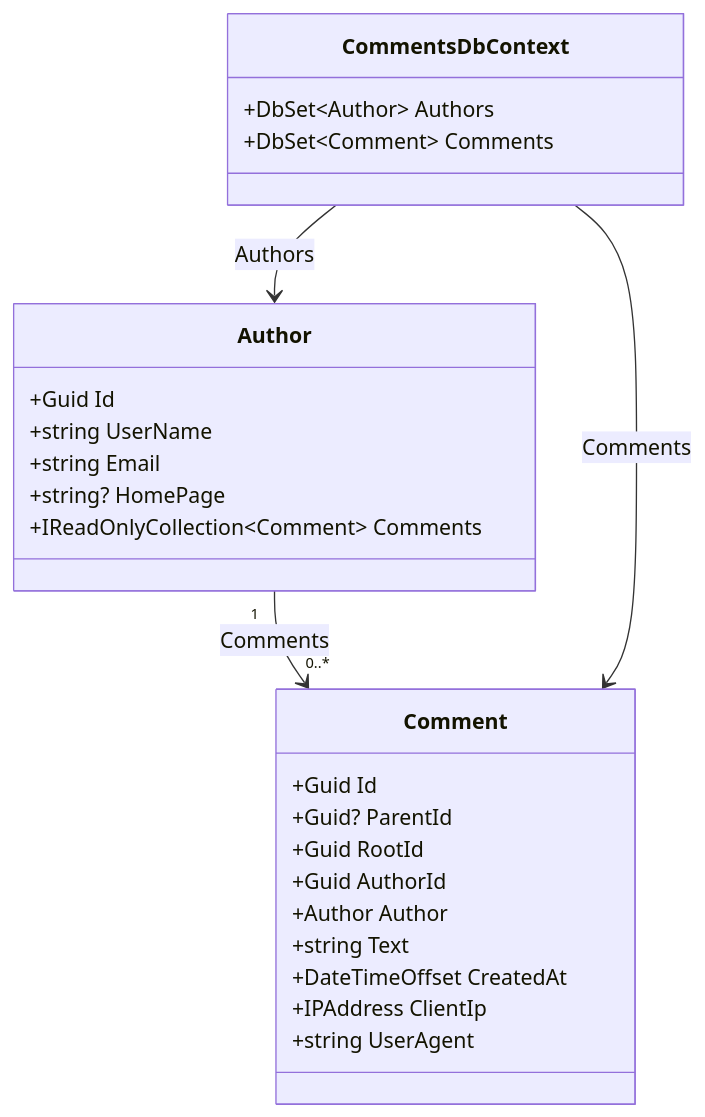
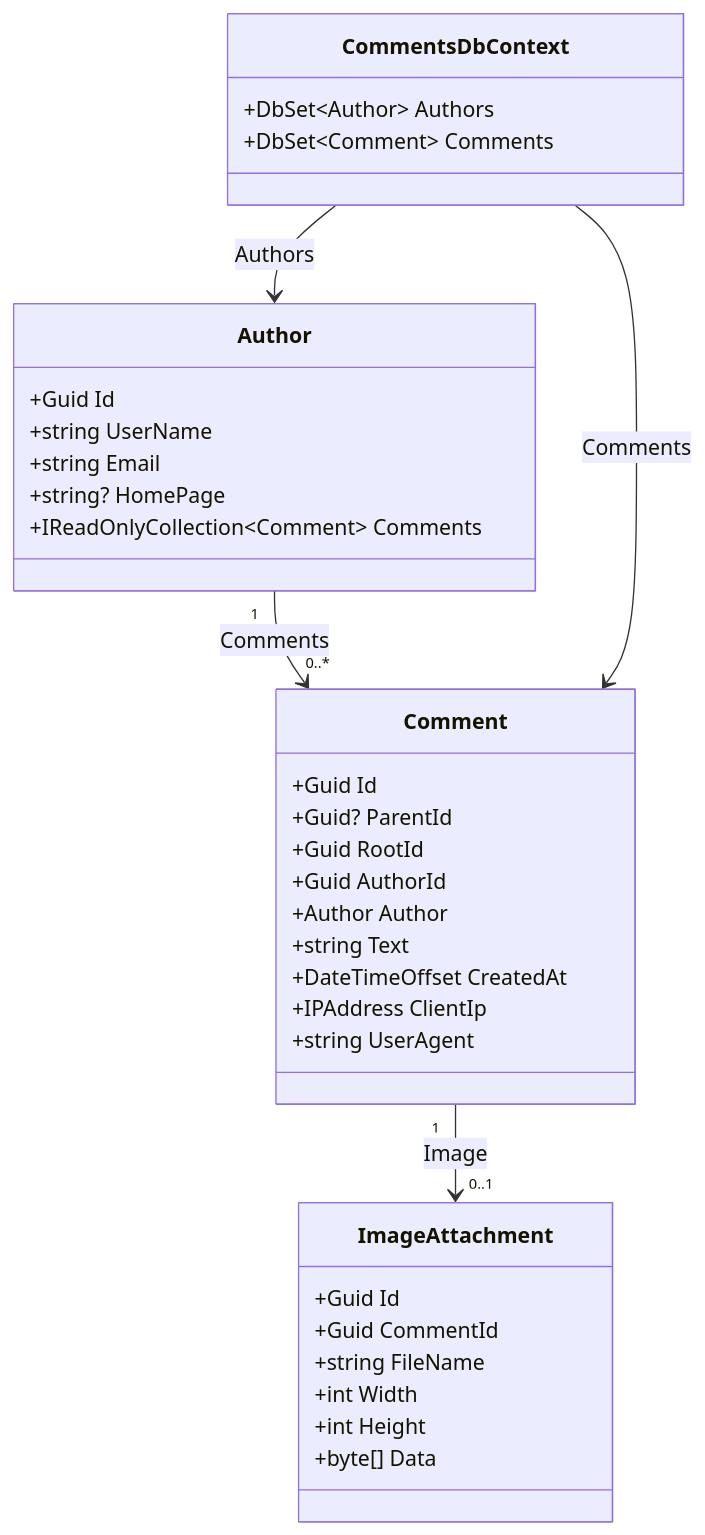
One commit to avysotsky/CommentsService changed the second of 2 diagrams in docs/database/SCHEMA.md. Above: the diagram before and after it, drawn with Mermaid. The commit also changed other lines of this file and 63 other files, not shown here.

````diff
--- a/docs/database/SCHEMA.md
+++ b/docs/database/SCHEMA.md
@@ -135,28 +150,37 @@
 ```mermaid
 classDiagram
     Author "1" --> "0..*" Comment : Comments
+    Comment "1" --> "0..1" ImageAttachment : Image
     CommentsDbContext --> Author : Authors
     CommentsDbContext --> Comment : Comments
     class Author {
         +Guid Id
         +string UserName
         +string Email
         +string? HomePage
         +IReadOnlyCollection~Comment~ Comments
     }
     class Comment {
         +Guid Id
         +Guid? ParentId
         +Guid RootId
         +Guid AuthorId
         +Author Author
         +string Text
         +DateTimeOffset CreatedAt
         +IPAddress ClientIp
         +string UserAgent
     }
+    class ImageAttachment {
+        +Guid Id
+        +Guid CommentId
+        +string FileName
+        +int Width
+        +int Height
+        +byte[] Data
+    }
     class CommentsDbContext {
         +DbSet~Author~ Authors
         +DbSet~Comment~ Comments
     }
 ```
````
